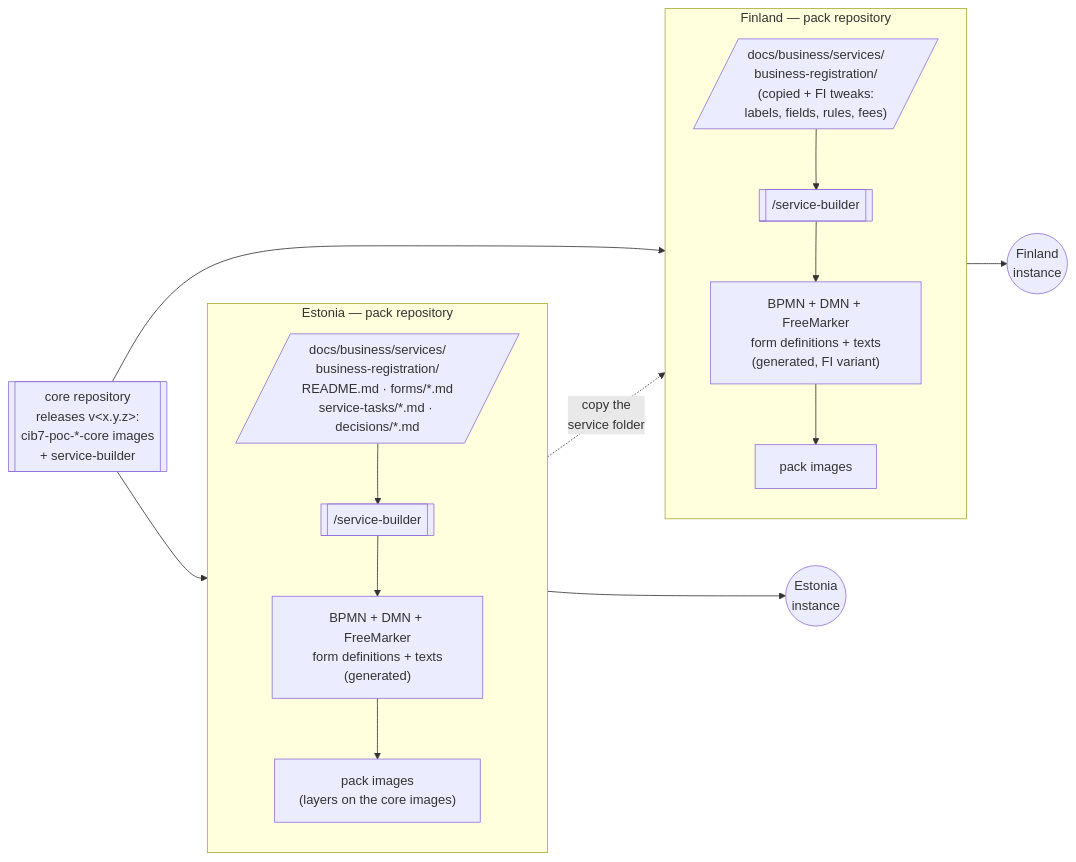
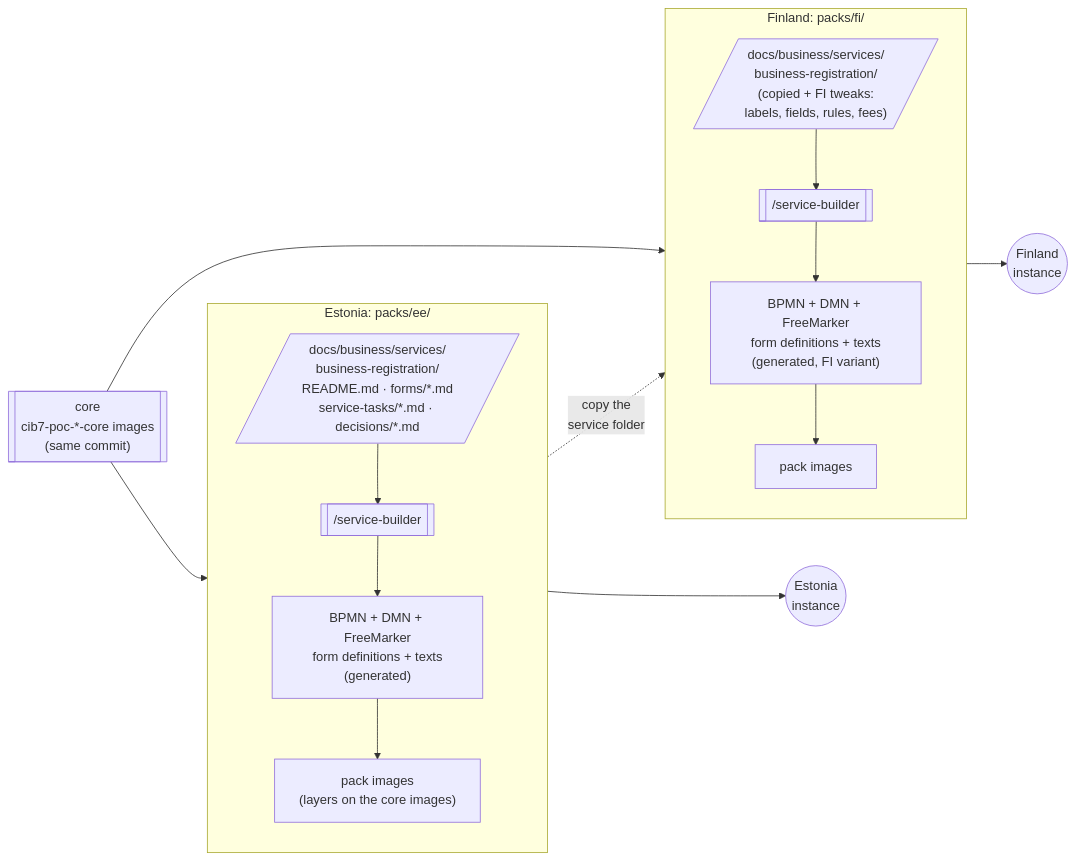
One commit to krixerx/cib7-react-poc changed the diagram in README.md. Above: the diagram before and after it, drawn with Mermaid. The commit also changed other lines of this file and 202 other files, not shown here.

First line of the commit message:
build: one repository again, packs/reference replaces packs/test

````diff
--- a/README.md
+++ b/README.md
@@ -162,28 +161,28 @@
 ```mermaid
 flowchart LR
-  Core[["core repository<br/>releases v&lt;x.y.z&gt;:<br/>cib7-poc-*-core images<br/>+ service-builder"]]
+  Core[["core<br/>cib7-poc-*-core images<br/>(same commit)"]]
 
-  subgraph EE["Estonia — pack repository"]
+  subgraph EE["Estonia: packs/ee/"]
     direction TB
     EE_Spec[/"docs/business/services/<br/>business-registration/<br/>README.md · forms/*.md<br/>service-tasks/*.md · decisions/*.md"/]
     EE_Builder[["/service-builder"]]
     EE_Code["BPMN + DMN + FreeMarker<br/>form definitions + texts<br/>(generated)"]
     EE_Img["pack images<br/>(layers on the core images)"]
     EE_Spec --> EE_Builder --> EE_Code --> EE_Img
   end
 
-  subgraph FI["Finland — pack repository"]
+  subgraph FI["Finland: packs/fi/"]
     direction TB
     FI_Spec[/"docs/business/services/<br/>business-registration/<br/>(copied + FI tweaks:<br/>labels, fields, rules, fees)"/]
     FI_Builder[["/service-builder"]]
     FI_Code["BPMN + DMN + FreeMarker<br/>form definitions + texts<br/>(generated, FI variant)"]
     FI_Img["pack images"]
     FI_Spec --> FI_Builder --> FI_Code --> FI_Img
   end
 
   Core --> EE_Img
   Core --> FI_Img
   EE_Img --> EE_Run(("Estonia<br/>instance"))
   FI_Img --> FI_Run(("Finland<br/>instance"))
   EE_Spec -. "copy the<br/>service folder" .-> FI_Spec
 ```
````
